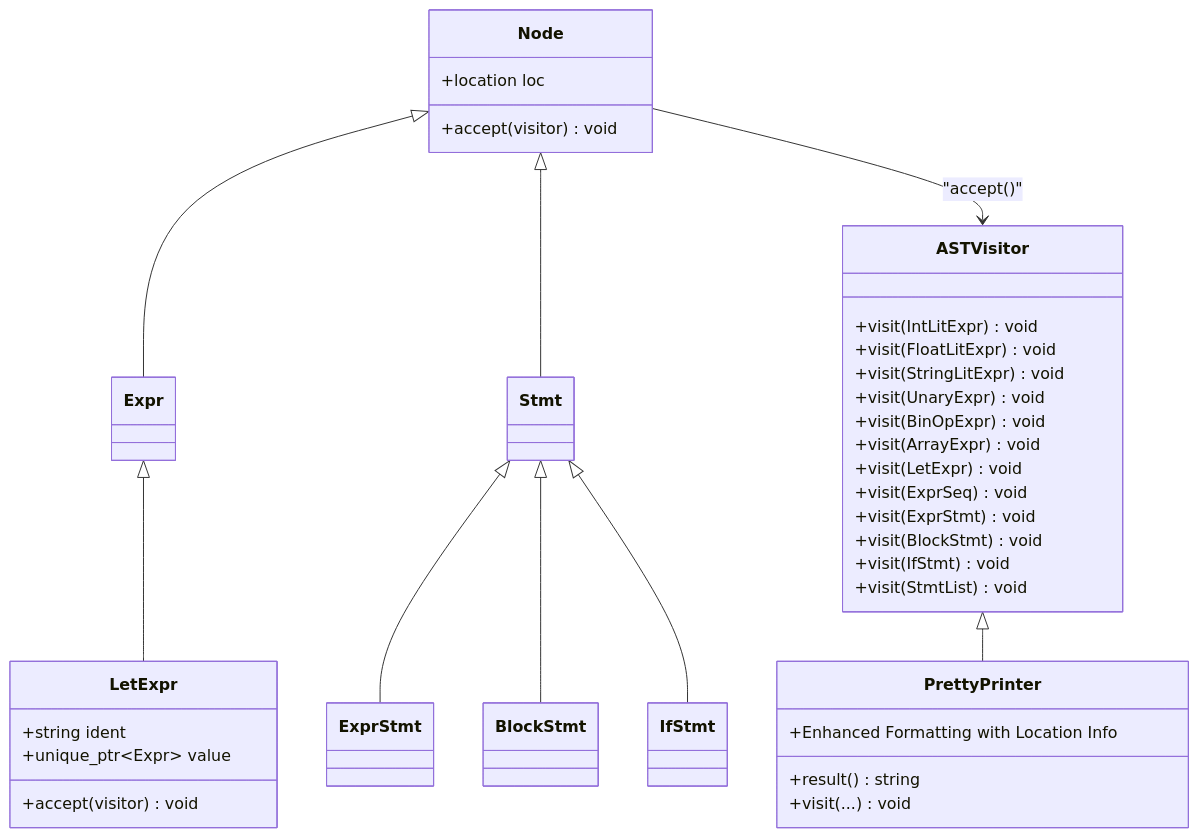
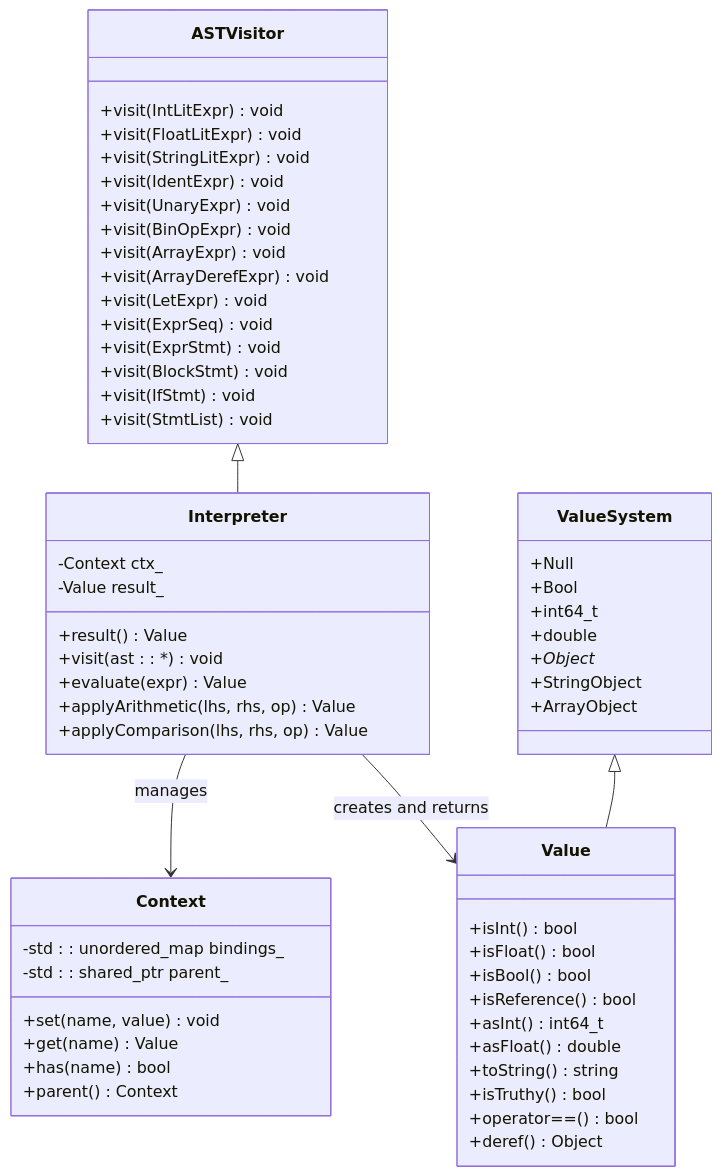
Before and after one commit to littlebirds/modern_bision: the fifth of 5 diagrams in .qoder/repowiki/en/content/Testing Framework.md, drawn with Mermaid. The commit also changed other lines of this file and 22 other files, not shown here.

First line of the commit message:
Update project wiki and improve ArrayDerefExpr handling (#11)

````diff
--- a/.qoder/repowiki/en/content/Testing Framework.md
+++ b/.qoder/repowiki/en/content/Testing Framework.md
@@ -295,44 +387,61 @@
 ```mermaid
 classDiagram
-class Node {
-+location loc
-+accept(visitor) void
-}
-class Expr
-class Stmt
-class ExprStmt
-class BlockStmt
-class IfStmt
-class LetExpr {
-+string ident
-+unique_ptr~Expr~ value
-+accept(visitor) void
-}
 class ASTVisitor {
 +visit(IntLitExpr) void
 +visit(FloatLitExpr) void
 +visit(StringLitExpr) void
++visit(IdentExpr) void
 +visit(UnaryExpr) void
 +visit(BinOpExpr) void
 +visit(ArrayExpr) void
++visit(ArrayDerefExpr) void
 +visit(LetExpr) void
 +visit(ExprSeq) void
 +visit(ExprStmt) void
 +visit(BlockStmt) void
 +visit(IfStmt) void
 +visit(StmtList) void
 }
-class PrettyPrinter {
-+result() string
-+visit(...) void
-+Enhanced Formatting with Location Info
+class Interpreter {
++result() Value
++visit(ast : : *) void
++evaluate(expr) Value
++applyArithmetic(lhs, rhs, op) Value
++applyComparison(lhs, rhs, op) Value
+-Context ctx_
+-Value result_
 }
-Node <|-- Expr
-Node <|-- Stmt
-Stmt <|-- ExprStmt
-Stmt <|-- BlockStmt
-Stmt <|-- IfStmt
-Expr <|-- LetExpr
-ASTVisitor <|-- PrettyPrinter
-Node --> ASTVisitor : "accept()"
+class Context {
++set(name, value) void
++get(name) Value
++has(name) bool
++parent() Context
+-std : : unordered_map bindings_
+-std : : shared_ptr parent_
+}
+class Value {
++isInt() bool
++isFloat() bool
++isBool() bool
++isReference() bool
++asInt() int64_t
++asFloat() double
++toString() string
++isTruthy() bool
++operator==() bool
++deref() Object
+}
+class ValueSystem {
++Null
++Bool
++int64_t
++double
++Object*
++StringObject
++ArrayObject
+}
+ASTVisitor <|-- Interpreter
+Interpreter --> Context : manages
+Interpreter --> Value : creates and returns
+ValueSystem <|-- Value
 ```
````
